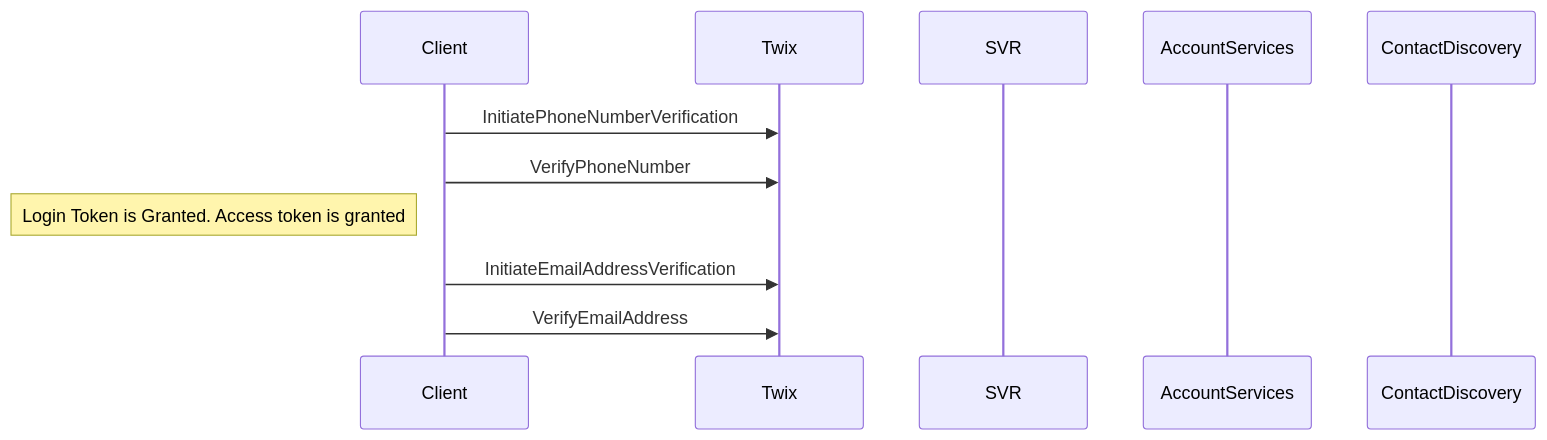
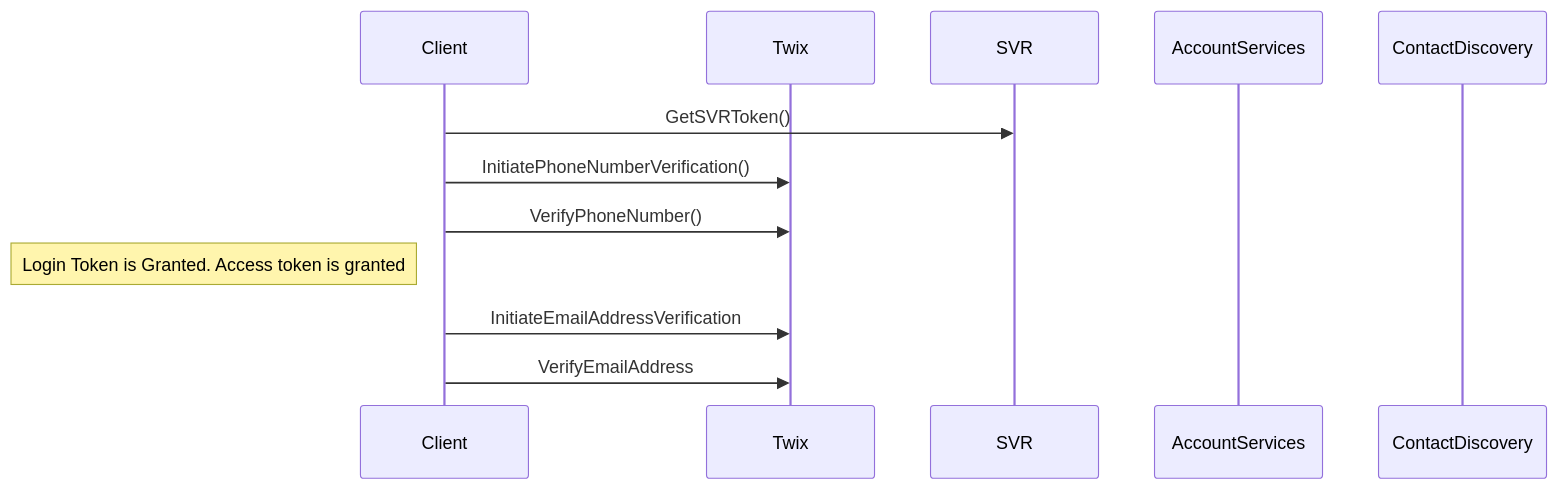
One commit to trunkafunk/trunkafunk changed the second of 2 diagrams in testfile.MD. Above: the diagram before and after it, drawn with Mermaid. The commit also changed other lines of this file, not shown here.

````diff
--- a/testfile.MD
+++ b/testfile.MD
@@ -27,16 +28,18 @@
 ```mermaid
 sequenceDiagram
     participant Client
     participant Twix
     participant SVR
-    Client->>Twix: InitiatePhoneNumberVerification 
-    Client->>Twix: VerifyPhoneNumber
+    Client->>SVR: GetSVRToken()
+
+    Client->>Twix: InitiatePhoneNumberVerification() 
+    Client->>Twix: VerifyPhoneNumber()
     Note left of Client: Login Token is Granted. Access token is granted
     Client->>Twix: InitiateEmailAddressVerification
     Client->>Twix: VerifyEmailAddress    
     
     participant AccountServices
     participant ContactDiscovery
     
 
 ```
````
